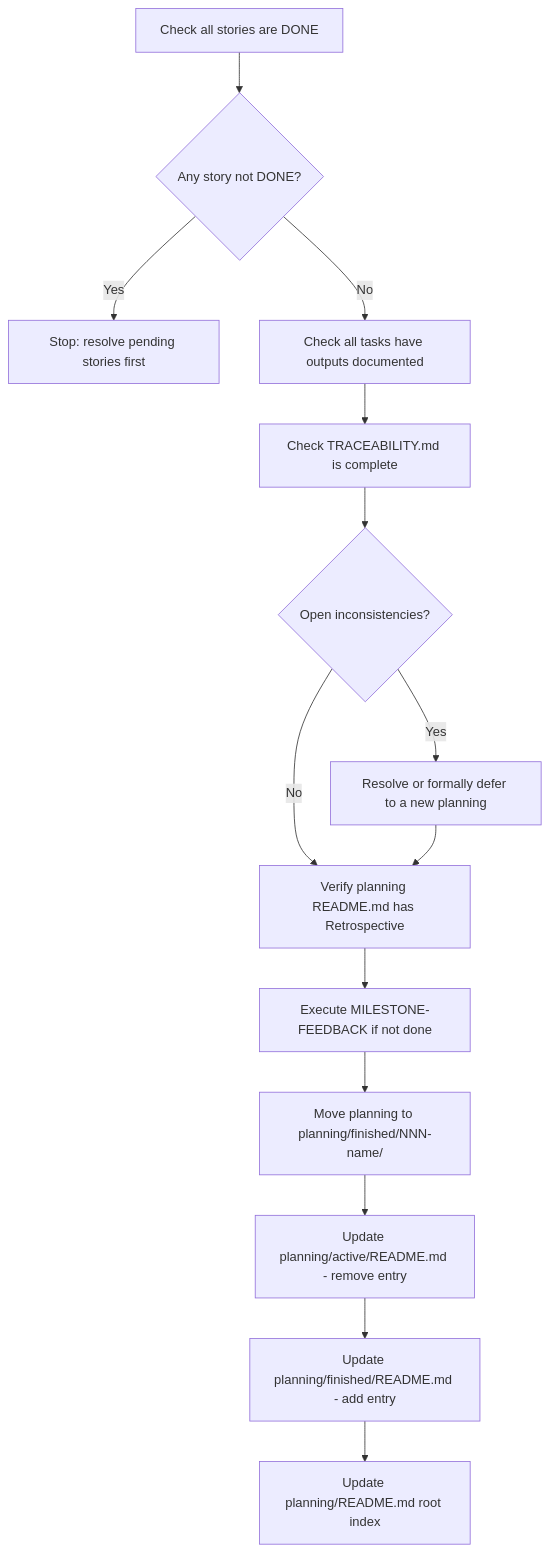
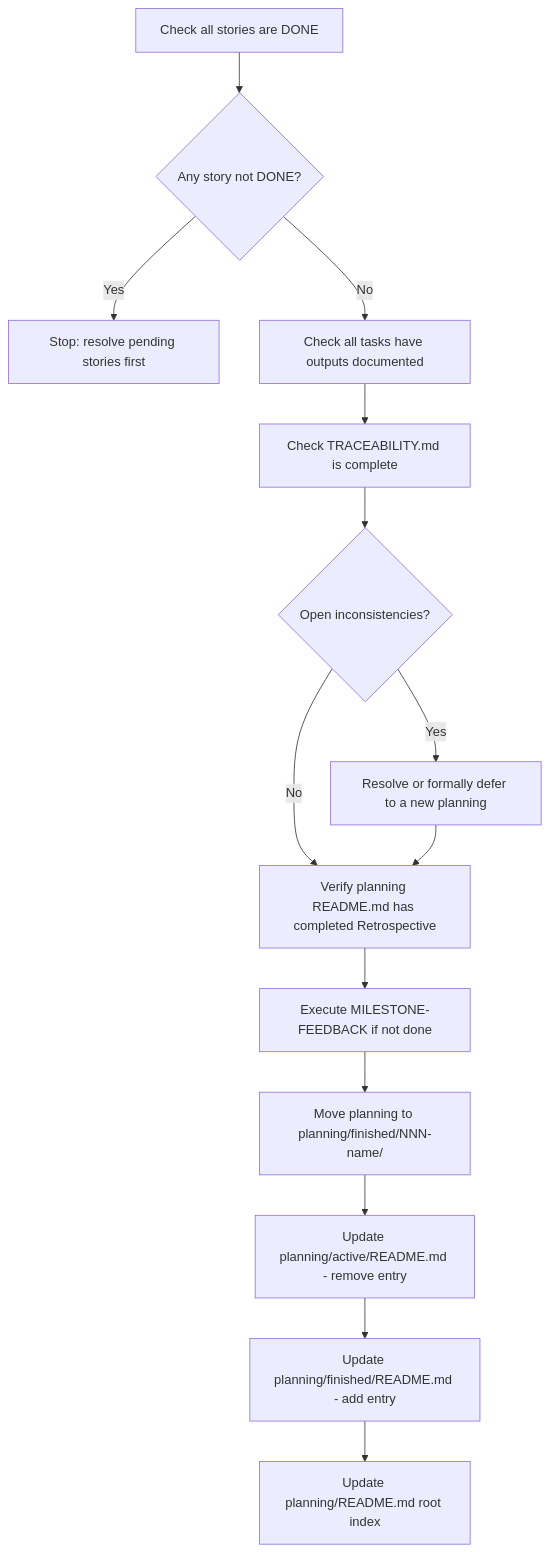
Before and after one commit to cmartinezs/claude-planning-with-ai: the diagram in planning-template/WORKFLOWS/03-MAINTENANCE-WORKFLOWS/AUDIT-PLANNING.md, drawn with Mermaid. The commit also changed other lines of this file and 81 other files, not shown here.

````diff
--- a/planning-template/WORKFLOWS/03-MAINTENANCE-WORKFLOWS/AUDIT-PLANNING.md
+++ b/planning-template/WORKFLOWS/03-MAINTENANCE-WORKFLOWS/AUDIT-PLANNING.md
@@ -9,16 +9,16 @@
 ```mermaid
 flowchart TD
     A[Check all stories are DONE] --> B{Any story not DONE?}
     B -- Yes --> Z[Stop: resolve pending stories first]
     B -- No --> C[Check all tasks have outputs documented]
     C --> D[Check TRACEABILITY.md is complete]
     D --> E{Open inconsistencies?}
     E -- Yes --> F[Resolve or formally defer to a new planning]
-    E -- No --> G[Verify planning README.md has Retrospective]
+    E -- No --> G[Verify planning README.md has completed Retrospective]
     F --> G
     G --> H[Execute MILESTONE-FEEDBACK if not done]
     H --> I[Move planning to planning/finished/NNN-name/]
     I --> J[Update planning/active/README.md - remove entry]
     J --> K[Update planning/finished/README.md - add entry]
     K --> L[Update planning/README.md root index]
 ```
````
